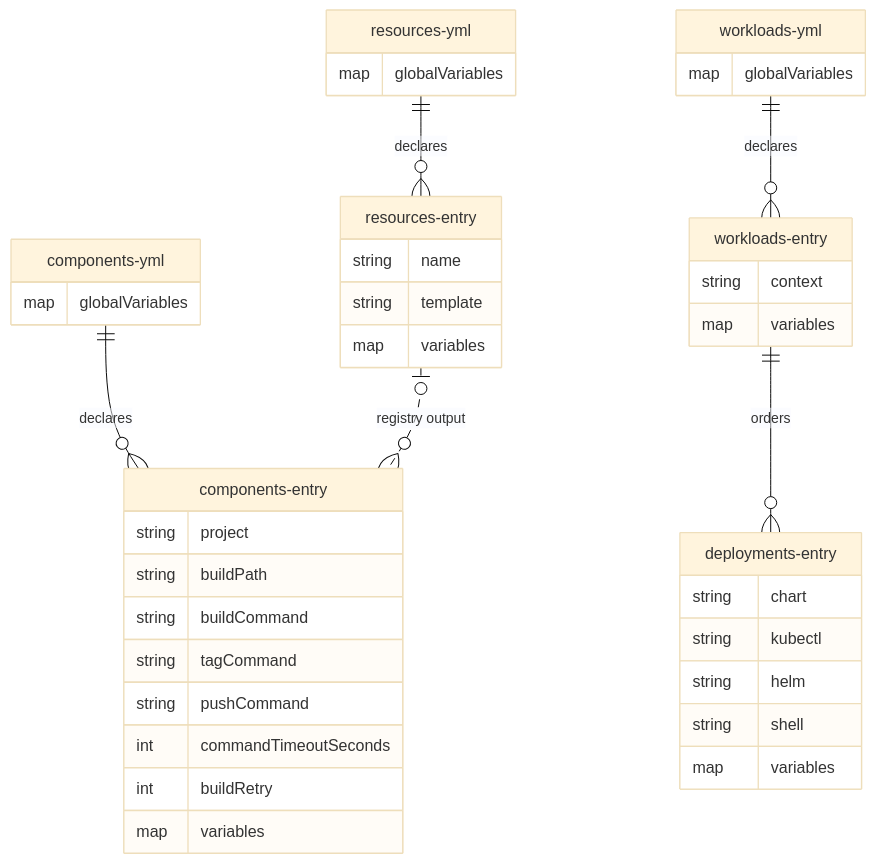
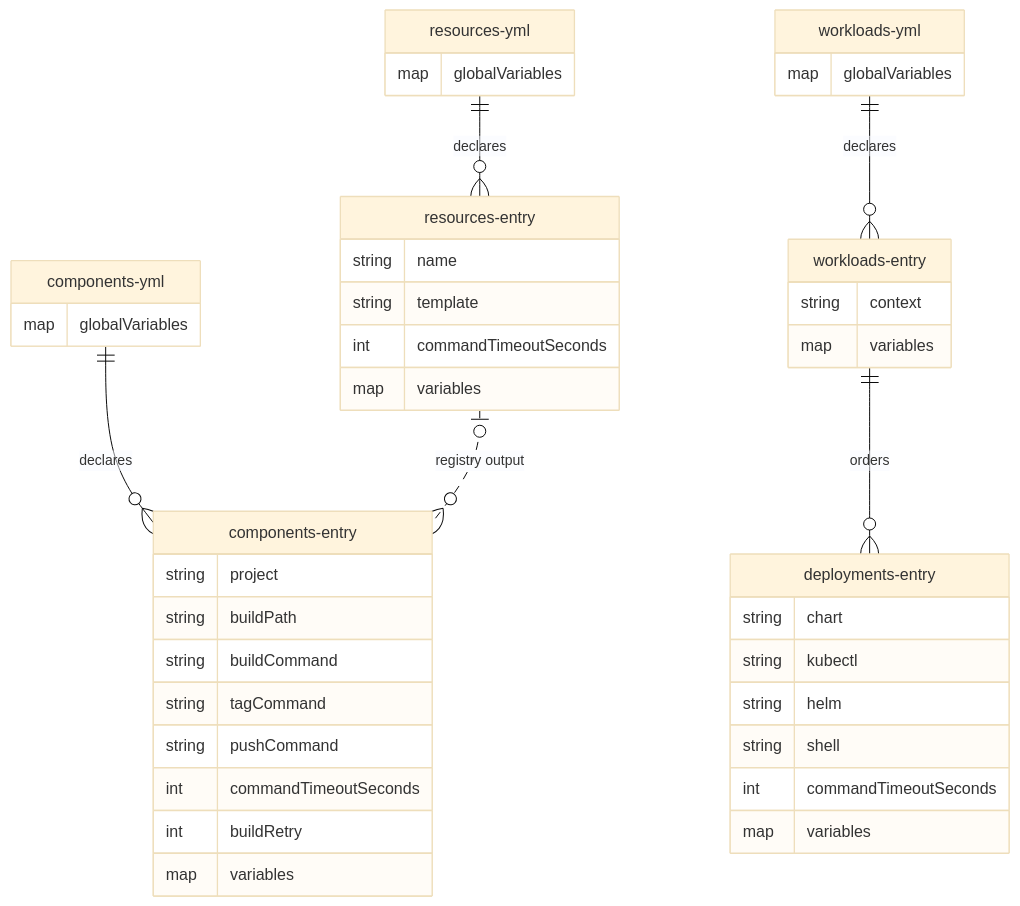
One commit to alissonsol/yuruna changed the second of 3 diagrams in docs/design/05-data-model.md. Above: the diagram before and after it, drawn with Mermaid (base theme). The commit also changed other lines of this file and 1708 other files, not shown here.

````diff
--- a/docs/design/05-data-model.md
+++ b/docs/design/05-data-model.md
@@ -81,43 +81,45 @@
 ```mermaid
 erDiagram
     resources-yml ||--o{ resources-entry : declares
     components-yml ||--o{ components-entry : declares
     workloads-yml ||--o{ workloads-entry : declares
     workloads-entry ||--o{ deployments-entry : orders
     resources-entry |o..o{ components-entry : "registry output"
     resources-yml {
         map globalVariables
     }
     resources-entry {
         string name
         string template
+        int commandTimeoutSeconds
         map variables
     }
     components-yml {
         map globalVariables
     }
     components-entry {
         string project
         string buildPath
         string buildCommand
         string tagCommand
         string pushCommand
         int commandTimeoutSeconds
         int buildRetry
         map variables
     }
     workloads-yml {
         map globalVariables
     }
     workloads-entry {
         string context
         map variables
     }
     deployments-entry {
         string chart
         string kubectl
         string helm
         string shell
+        int commandTimeoutSeconds
         map variables
     }
 ```
````
